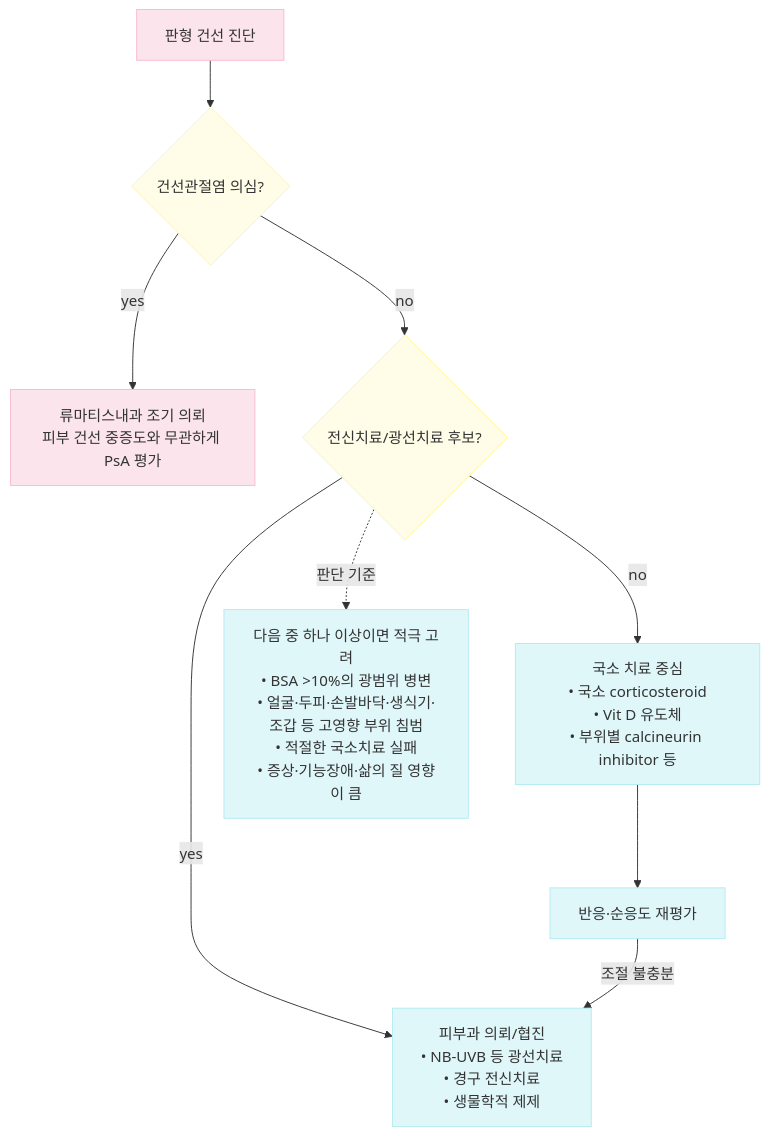
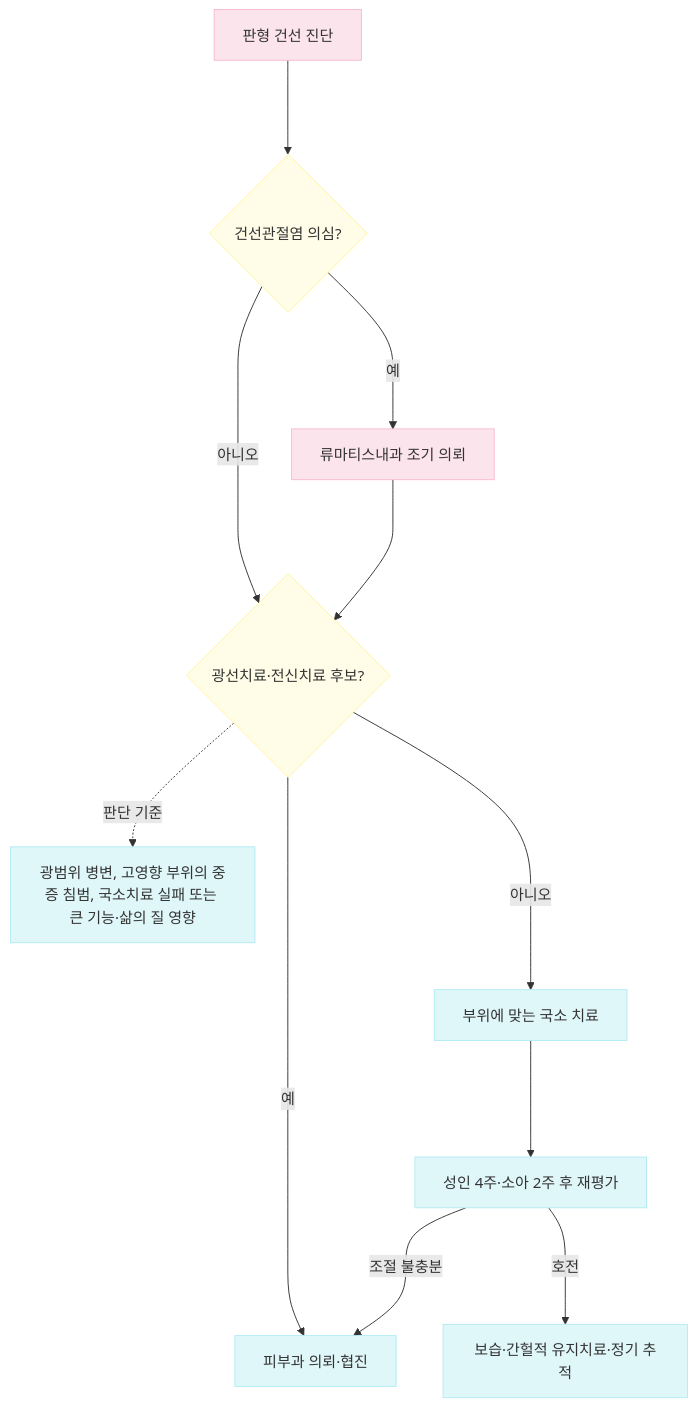
The diagram in 229_/163_-psoriasis.md (familyoh77/familyoh77), drawn with Mermaid before and after one commit. The commit also changed other lines of this file and 10 other files, not shown here.

````diff
--- a/229_/163_-psoriasis.md
+++ b/229_/163_-psoriasis.md
@@ -141,23 +148,19 @@
 ```mermaid
 graph TD
-    Start["판형 건선 진단"] --> Q1{"건선관절염 의심?"}
-
-    Q1 -->|yes| PsA["류마티스내과 조기 의뢰<br/>피부 건선 중증도와 무관하게 PsA 평가"]
-    Q1 -->|no| Q2{"전신치료/광선치료 후보?"}
-
-    Q2 -->|no| Local["국소 치료 중심<br/>• 국소 corticosteroid<br/>• Vit D 유도체<br/>• 부위별 calcineurin inhibitor 등"]
-    Q2 -->|yes| Derm["피부과 의뢰/협진<br/>• NB-UVB 등 광선치료<br/>• 경구 전신치료<br/>• 생물학적 제제"]
-
-    Q2 -. 판단 기준 .-> Criteria["다음 중 하나 이상이면 적극 고려<br/>• BSA >10%의 광범위 병변<br/>• 얼굴·두피·손발바닥·생식기·조갑 등 고영향 부위 침범<br/>• 적절한 국소치료 실패<br/>• 증상·기능장애·삶의 질 영향이 큼"]
-
-    Local --> Reassess["반응·순응도 재평가"]
-    Reassess -->|조절 불충분| Derm
-
+    Start["판형 건선 진단"] ---> Q1{"건선관절염 의심?"}
+    Q1 --->|예| PsA["류마티스내과 조기 의뢰"]
+    Q1 --->|아니오| Q2{"광선치료·전신치료 후보?"}
+    PsA ---> Q2
+    Q2 --->|아니오| Local["부위에 맞는 국소 치료"]
+    Q2 --->|예| Derm["피부과 의뢰·협진"]
+    Q2 -. 판단 기준 .-> Criteria["광범위 병변, 고영향 부위의 중증 침범, 국소치료 실패 또는 큰 기능·삶의 질 영향"]
+    Local ---> Reassess["성인 4주·소아 2주 후 재평가"]
+    Reassess --->|조절 불충분| Derm
+    Reassess --->|호전| Maintain["보습·간헐적 유지치료·정기 추적"]
     classDef pinkNode fill:#fce4ec,stroke:#f8bbd0,stroke-width:1px
     classDef yellowNode fill:#fffde7,stroke:#fff59d,stroke-width:1px
     classDef blueNode fill:#e0f7fa,stroke:#b2ebf2,stroke-width:1px
-
     class Start,PsA pinkNode
     class Q1,Q2 yellowNode
-    class Local,Derm,Criteria,Reassess blueNode
+    class Local,Derm,Criteria,Reassess,Maintain blueNode
 ```
````
